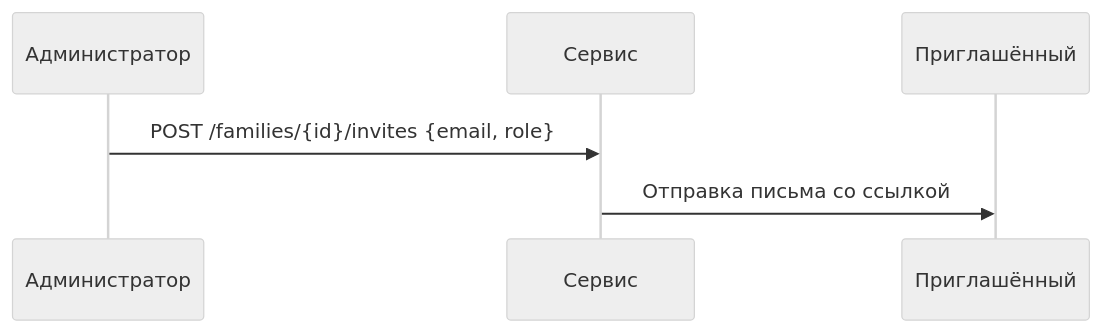
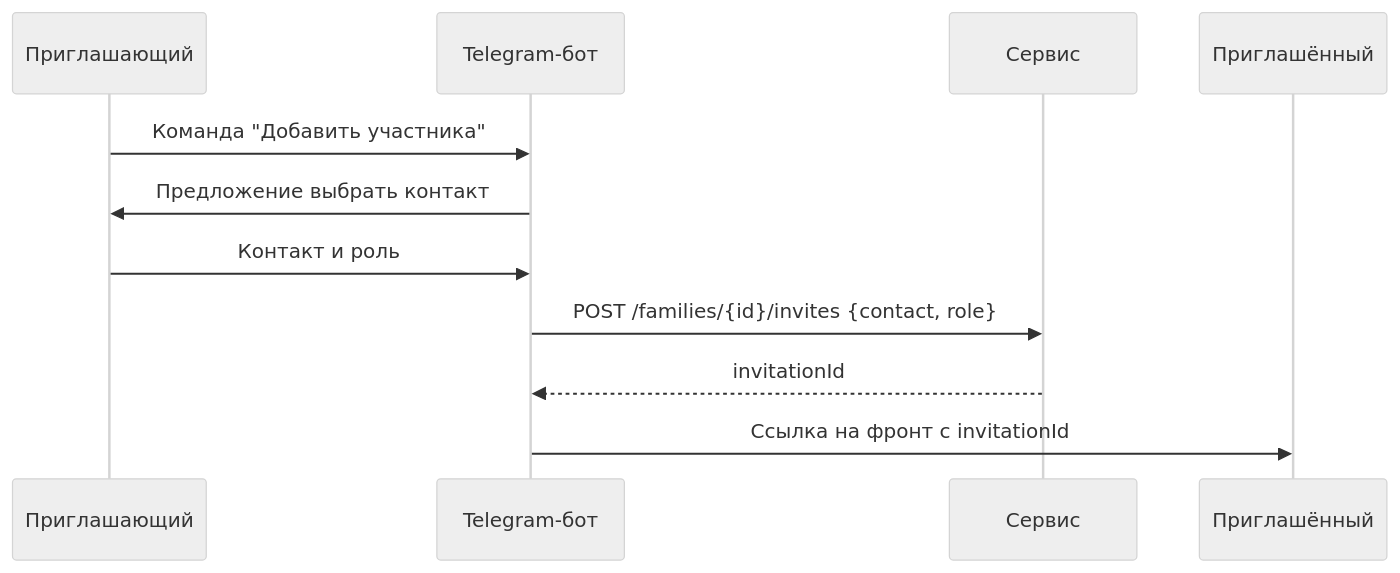
One commit to VASSUV-RU/FamilyTree changed the first of 2 diagrams in docs/family/invitations.md. Above: the diagram before and after it, drawn with Mermaid (neutral theme). The commit also changed other lines of this file and 7 other files, not shown here.

````diff
--- a/docs/family/invitations.md
+++ b/docs/family/invitations.md
@@ -17,8 +9,13 @@
 ```mermaid
 sequenceDiagram
-    participant A as Администратор
+    participant A as Приглашающий
+    participant B as Telegram-бот
     participant S as Сервис
     participant M as Приглашённый
-    A->>S: POST /families/{id}/invites {email, role}
-    S->>M: Отправка письма со ссылкой
+    A->>B: Команда "Добавить участника"
+    B->>A: Предложение выбрать контакт
+    A->>B: Контакт и роль
+    B->>S: POST /families/{id}/invites {contact, role}
+    S-->>B: invitationId
+    B->>M: Ссылка на фронт с invitationId
 ```
````
